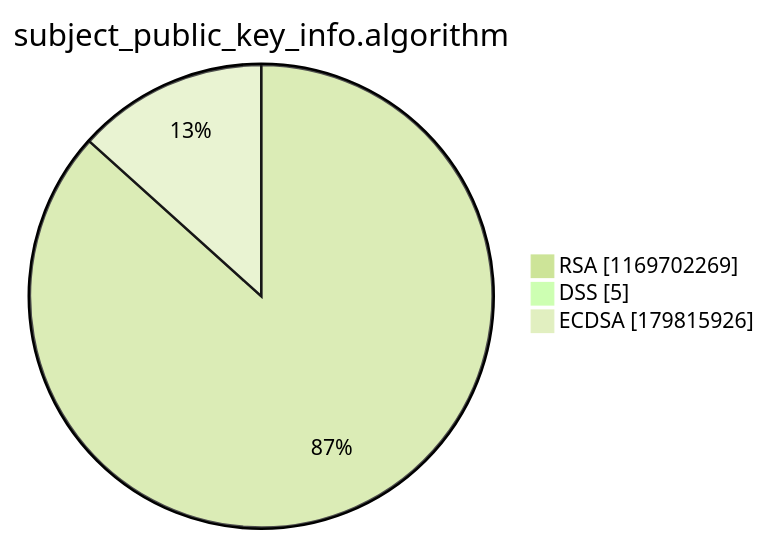
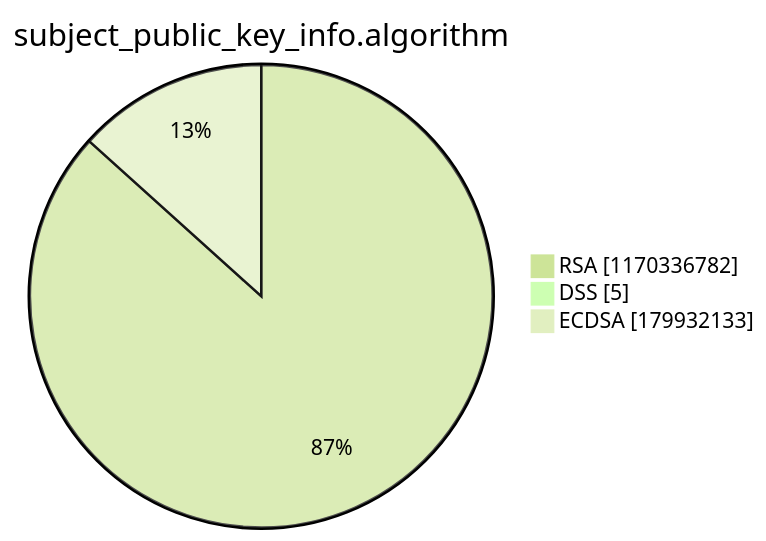
Before and after one commit to christiankrug/ctmonitor_visualization: the third of 15 diagrams in argon2022/README.md, drawn with Mermaid (forest theme). The commit also changed other lines of this file, not shown here.

````diff
--- a/argon2022/README.md
+++ b/argon2022/README.md
@@ -14,7 +14,7 @@
 ```mermaid
 pie showData
 title subject_public_key_info.algorithm
-"RSA" :1169702269
+"RSA" :1170336782
 "DSS" :5
-"ECDSA" :179815926
+"ECDSA" :179932133
 ```
````
